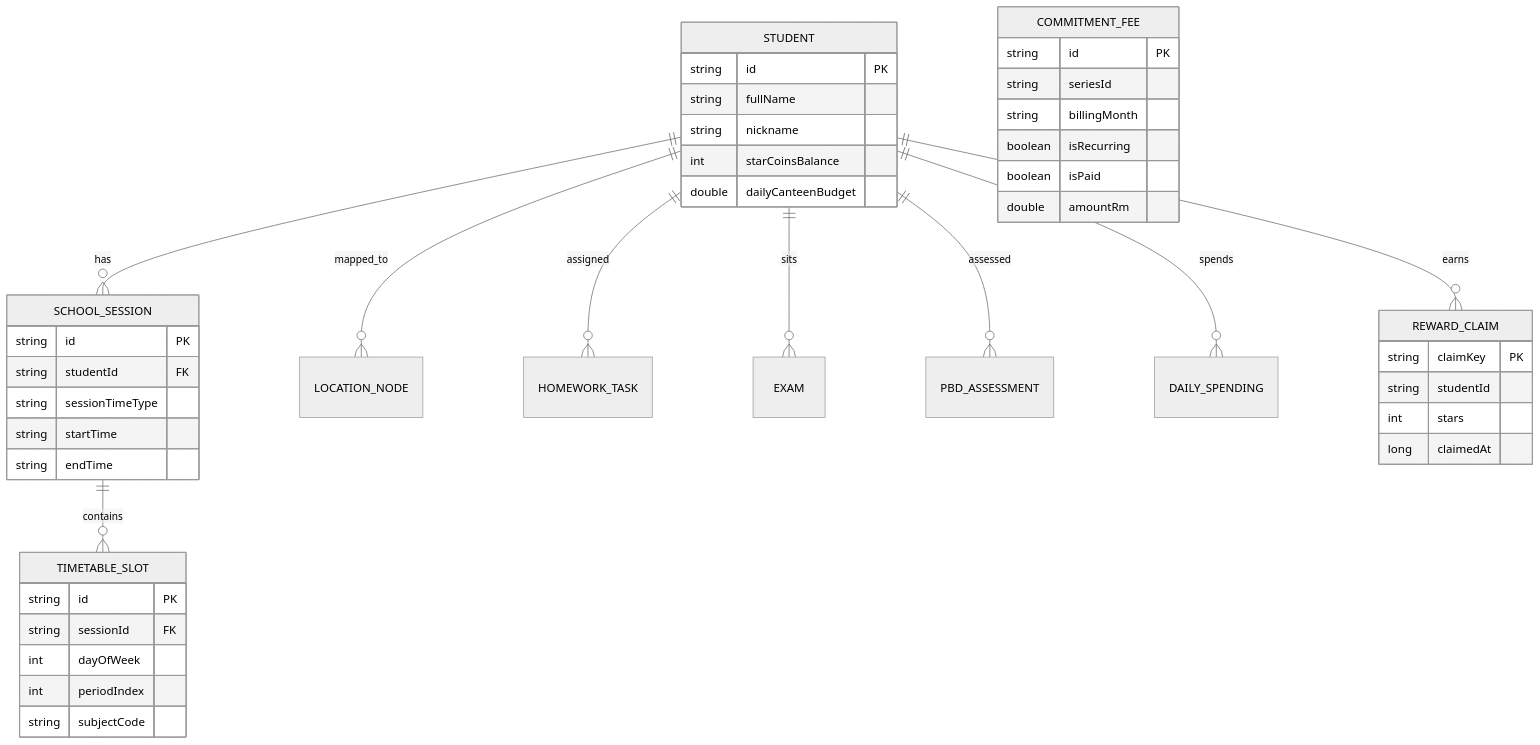
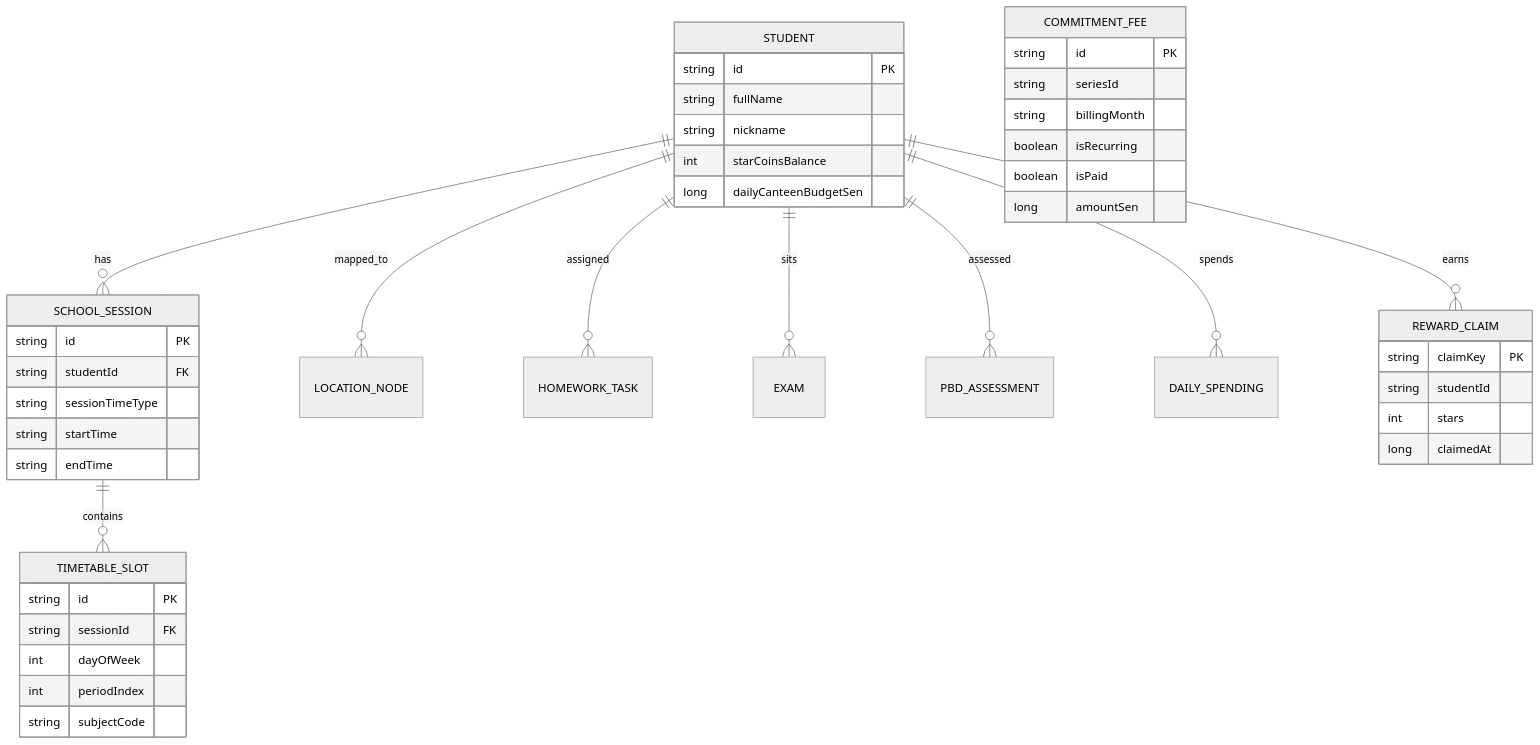
Before and after one commit to manaphassan/Slotify: the third of 3 diagrams in MASTER_DOCUMENTATION.md, drawn with Mermaid (neutral theme). The commit also changed other lines of this file and 35 other files, not shown here.

````diff
--- a/MASTER_DOCUMENTATION.md
+++ b/MASTER_DOCUMENTATION.md
@@ -238,47 +245,47 @@
 ```mermaid
 erDiagram
     STUDENT ||--o{ SCHOOL_SESSION : has
     SCHOOL_SESSION ||--o{ TIMETABLE_SLOT : contains
     STUDENT ||--o{ LOCATION_NODE : mapped_to
     STUDENT ||--o{ HOMEWORK_TASK : assigned
     STUDENT ||--o{ EXAM : sits
     STUDENT ||--o{ PBD_ASSESSMENT : assessed
     STUDENT ||--o{ DAILY_SPENDING : spends
     STUDENT ||--o{ REWARD_CLAIM : earns
 
     STUDENT {
         string id PK
         string fullName
         string nickname
         int starCoinsBalance
-        double dailyCanteenBudget
+        long dailyCanteenBudgetSen
     }
     SCHOOL_SESSION {
         string id PK
         string studentId FK
         string sessionTimeType
         string startTime
         string endTime
     }
     TIMETABLE_SLOT {
         string id PK
         string sessionId FK
         int dayOfWeek
         int periodIndex
         string subjectCode
     }
     COMMITMENT_FEE {
         string id PK
         string seriesId
         string billingMonth
         boolean isRecurring
         boolean isPaid
-        double amountRm
+        long amountSen
     }
     REWARD_CLAIM {
         string claimKey PK
         string studentId
         int stars
         long claimedAt
     }
 ```
````
